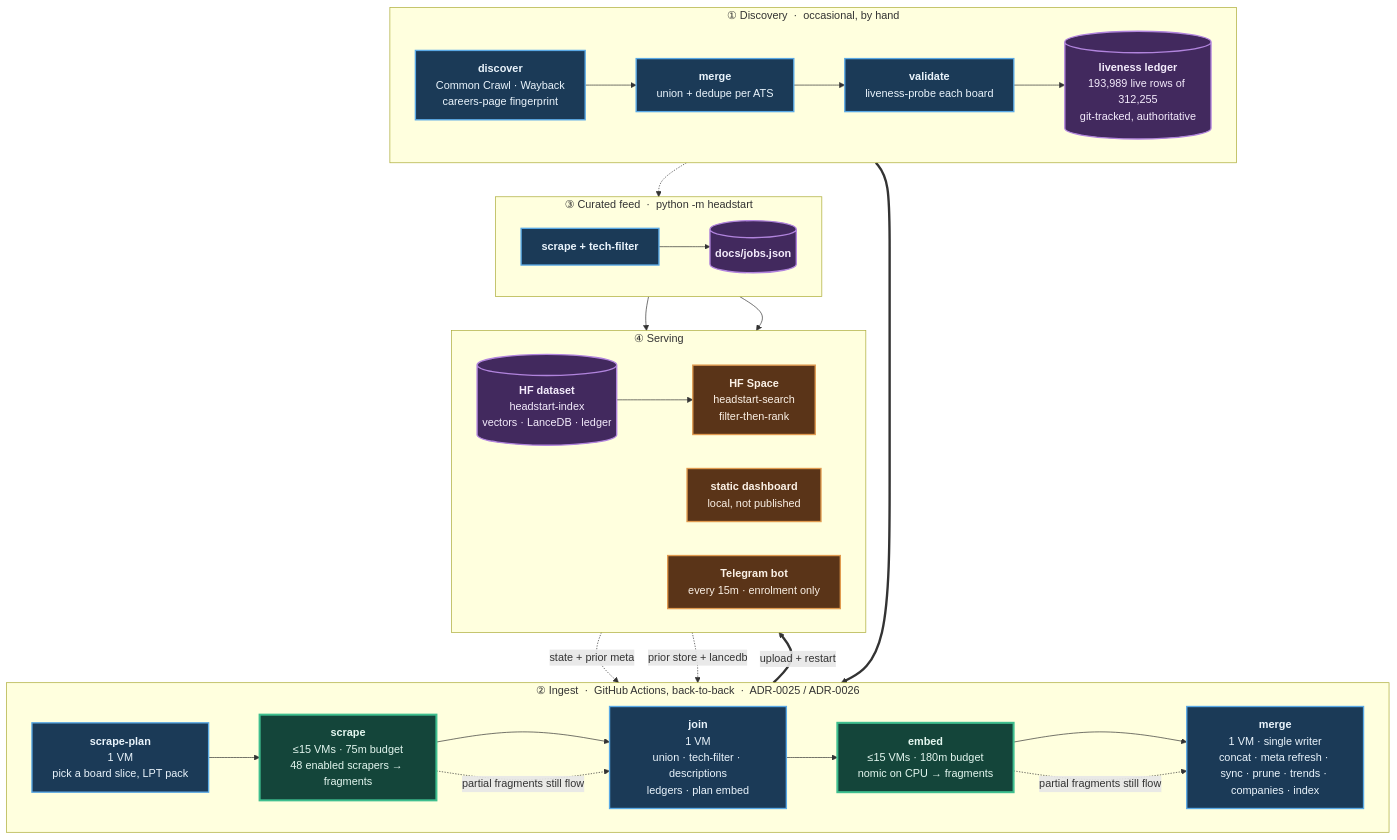
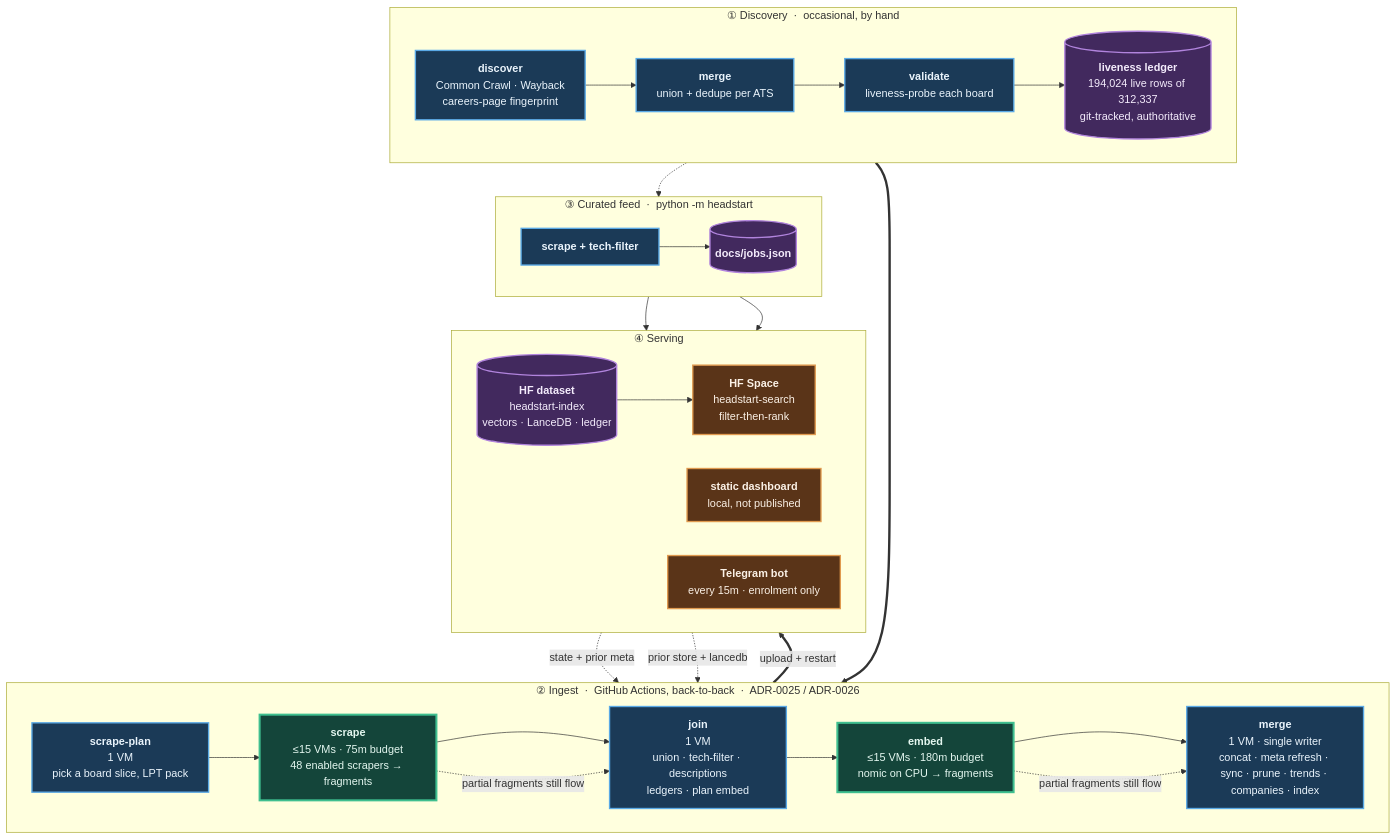
The diagram in README.md (sarthakjain004/headstart), drawn with Mermaid before and after one commit. The commit also changed other lines of this file and 14 other files, not shown here.

First line of the commit message:
Land SenseHQ: liveness probe, 82-label pool, 35 live Boards; scraper marks short walks (#795)

````diff
--- a/README.md
+++ b/README.md
@@ -183,56 +183,56 @@
 ```mermaid
 flowchart TB
     subgraph D["① Discovery &nbsp;·&nbsp; occasional, by hand"]
         direction LR
         D1["<b>discover</b><br/>Common Crawl · Wayback<br/>careers-page fingerprint"]
         D2["<b>merge</b><br/>union + dedupe per ATS"]
         D3["<b>validate</b><br/>liveness-probe each board"]
-        D4[("<b>liveness ledger</b><br/>193,989 live rows of 312,255<br/>git-tracked, authoritative")]
+        D4[("<b>liveness ledger</b><br/>194,024 live rows of 312,337<br/>git-tracked, authoritative")]
         D1 --> D2 --> D3 --> D4
     end
 
     subgraph P["② Ingest &nbsp;·&nbsp; GitHub Actions, back-to-back &nbsp;·&nbsp; ADR-0025 / ADR-0026"]
         direction LR
         P1["<b>scrape-plan</b><br/>1 VM<br/>pick a board slice, LPT pack"]
         P2["<b>scrape</b><br/>≤15 VMs · 75m budget<br/>48 enabled scrapers → fragments"]
         P3["<b>join</b><br/>1 VM<br/>union · tech-filter · descriptions<br/>ledgers · plan embed"]
         P4["<b>embed</b><br/>≤15 VMs · 180m budget<br/>nomic on CPU → fragments"]
         P5["<b>merge</b><br/>1 VM · single writer<br/>concat · meta refresh · sync · prune · trends · companies · index"]
         P1 --> P2 --> P3 --> P4 --> P5
     end
 
     subgraph F["③ Curated feed &nbsp;·&nbsp; python -m headstart"]
         direction LR
         F1["<b>scrape + tech-filter</b>"]
         F2[("<b>docs/jobs.json</b>")]
         F1 --> F2
     end
 
     subgraph S["④ Serving"]
         direction LR
         S1[("<b>HF dataset</b><br/>headstart-index<br/>vectors · LanceDB · ledger")]
         S2["<b>HF Space</b><br/>headstart-search<br/>filter-then-rank"]
         S3["<b>static dashboard</b><br/>local, not published"]
         S4["<b>Telegram bot</b><br/>every 15m · enrolment only"]
         S1 --> S2
     end
 
     D4 ==> P1
     S1 -. "state + prior meta" .-> P1
     S1 -. "prior store + lancedb" .-> P5
     D4 -.-> F1
     P5 ==>|"upload + restart"| S1
     F2 --> S3
     F2 --> S4
     P2 -. "partial fragments still flow" .-> P3
     P4 -. "partial fragments still flow" .-> P5
 
     classDef serial fill:#1b3a57,stroke:#5aa9e6,stroke-width:2px,color:#eaf4fc
     classDef fan fill:#14453a,stroke:#3fbf8f,stroke-width:3px,color:#e4f7f0
     classDef store fill:#42295e,stroke:#b184dd,stroke-width:2px,color:#f4ecfc
     classDef serve fill:#5a3418,stroke:#e09a4f,stroke-width:2px,color:#fbf1e6
     class D1,D2,D3,P1,P3,P5,F1 serial
     class P2,P4 fan
     class D4,F2,S1 store
     class S2,S3,S4 serve
 ```
````
